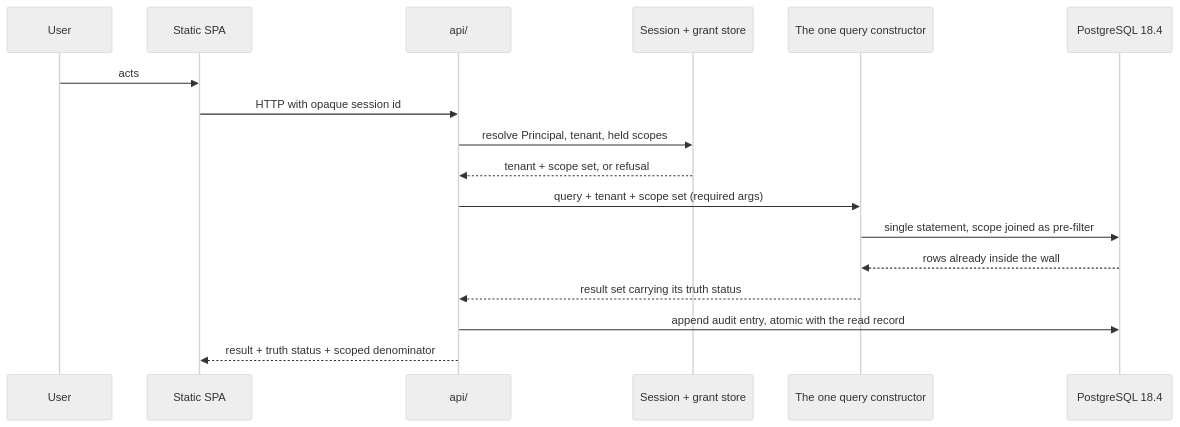
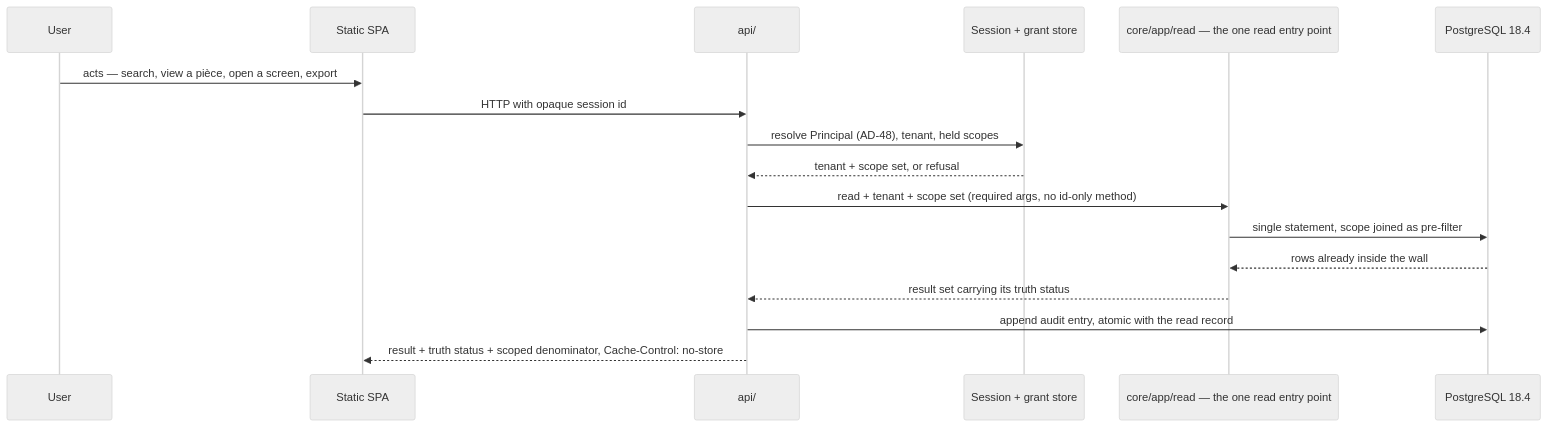
Before and after one commit to jt33120/apx-mvp: the second of 6 diagrams in _bmad-output/planning-artifacts/architecture/architecture-apx-mvp-2026-07-21/ARCHITECTURE-SPINE.md, drawn with Mermaid (neutral theme). The commit also changed other lines of this file and 4 other files, not shown here.

````diff
--- a/_bmad-output/planning-artifacts/architecture/architecture-apx-mvp-2026-07-21/ARCHITECTURE-SPINE.md
+++ b/_bmad-output/planning-artifacts/architecture/architecture-apx-mvp-2026-07-21/ARCHITECTURE-SPINE.md
@@ -279,19 +431,19 @@
 ```mermaid
 sequenceDiagram
     participant U as User
     participant SPA as Static SPA
     participant API as api/
     participant AUTH as Session + grant store
-    participant Q as The one query constructor
+    participant Q as core/app/read — the one read entry point
     participant PG as PostgreSQL 18.4
-    U->>SPA: acts
+    U->>SPA: acts — search, view a pièce, open a screen, export
     SPA->>API: HTTP with opaque session id
-    API->>AUTH: resolve Principal, tenant, held scopes
+    API->>AUTH: resolve Principal (AD-48), tenant, held scopes
     AUTH-->>API: tenant + scope set, or refusal
-    API->>Q: query + tenant + scope set (required args)
+    API->>Q: read + tenant + scope set (required args, no id-only method)
     Q->>PG: single statement, scope joined as pre-filter
     PG-->>Q: rows already inside the wall
     Q-->>API: result set carrying its truth status
     API->>PG: append audit entry, atomic with the read record
-    API-->>SPA: result + truth status + scoped denominator
+    API-->>SPA: result + truth status + scoped denominator, Cache-Control: no-store
 ```
````
